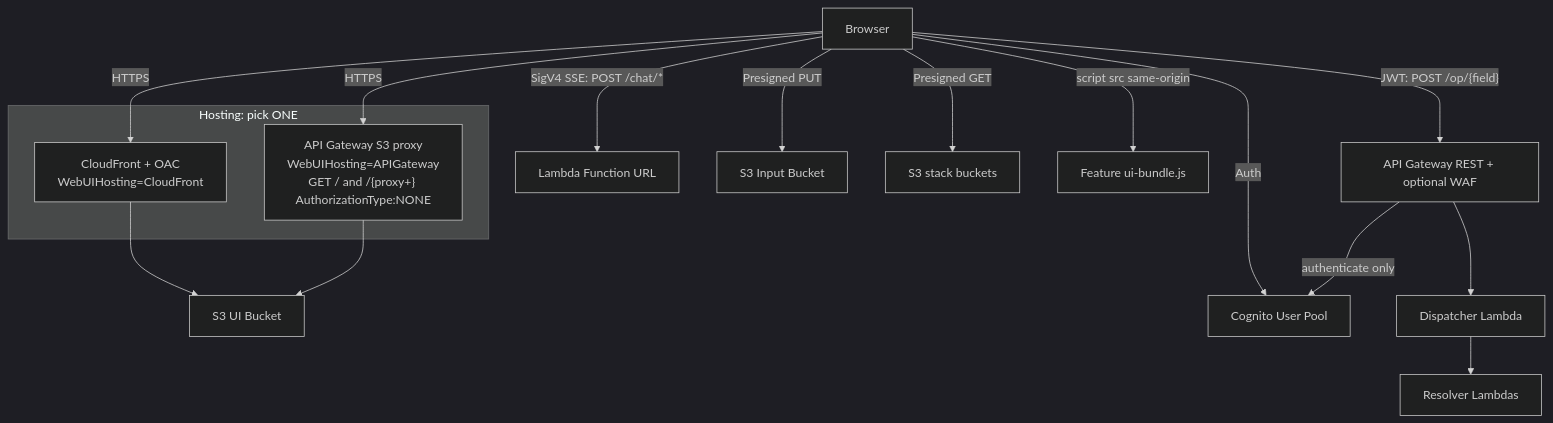
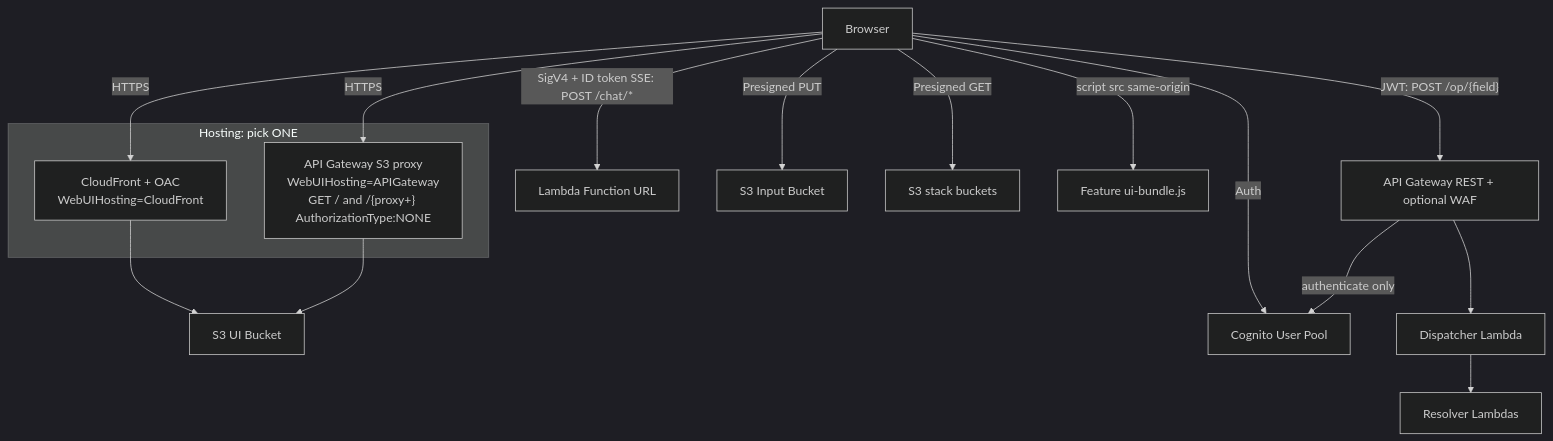
One commit to aws-solutions-library-samples/accelerated-intelligent-document-processing-on-aws changed the diagram in security/threat-modeling/feature-threats/web-ui.md. Above: the diagram before and after it, drawn with Mermaid (dark theme). The commit also changed other lines of this file and 26 other files, not shown here.

````diff
--- a/security/threat-modeling/feature-threats/web-ui.md
+++ b/security/threat-modeling/feature-threats/web-ui.md
@@ -41,24 +33,24 @@
 ```mermaid
 flowchart TD
     Browser[Browser]
 
     subgraph Hosting[Hosting: pick ONE]
       CF[CloudFront + OAC<br/>WebUIHosting=CloudFront]
       AGH["API Gateway S3 proxy<br/>WebUIHosting=APIGateway<br/>GET / and /{proxy+} AuthorizationType:NONE"]
     end
 
     Browser -->|HTTPS| CF --> S3UI[S3 UI Bucket]
     Browser -->|HTTPS| AGH --> S3UI
 
     Browser -->|Auth| Cognito[Cognito User Pool]
     Browser -->|"JWT: POST /op/{field}"| APIGW[API Gateway REST + optional WAF]
     APIGW -->|authenticate only| Cognito
     APIGW --> Disp[Dispatcher Lambda] --> Resolvers[Resolver Lambdas]
 
-    Browser -->|"SigV4 SSE: POST /chat/*"| FURL[Lambda Function URL]
+    Browser -->|"SigV4 + ID token SSE: POST /chat/*"| FURL[Lambda Function URL]
 
     Browser -->|Presigned PUT| S3Input[S3 Input Bucket]
     Browser -->|Presigned GET| S3Any[S3 stack buckets]
 
     Browser -->|"script src same-origin"| FeatBundle[Feature ui-bundle.js]
 ```
````
